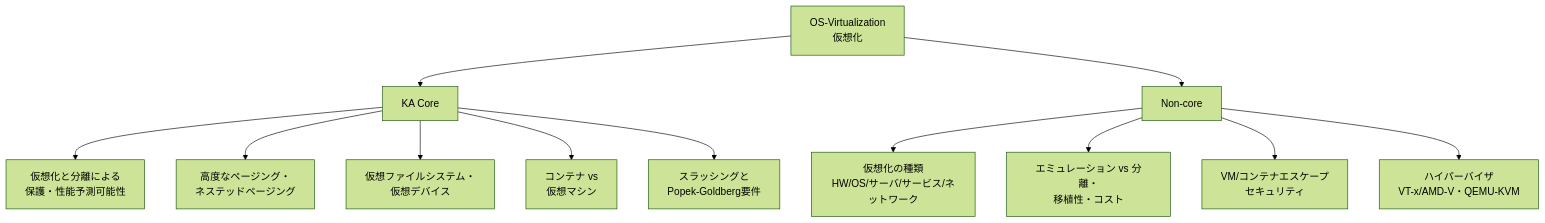
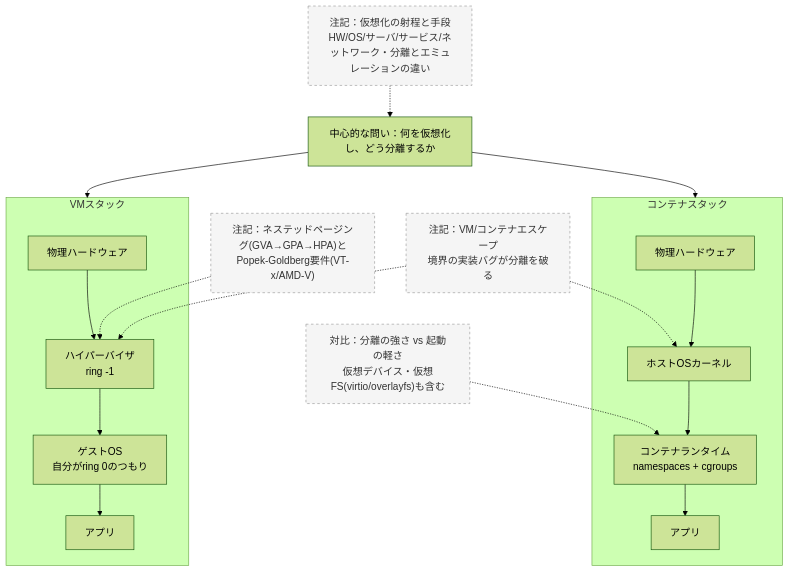
The first of 2 diagrams in docs/OS/OS-Virtualization.md (miyataka/cszap), drawn with Mermaid (forest theme) before and after one commit. The commit also changed other lines of this file and 28 other files, not shown here.

First line of the commit message:
docs: redesign 全体像 diagrams per unit (29 pages)

````diff
--- a/docs/OS/OS-Virtualization.md
+++ b/docs/OS/OS-Virtualization.md
@@ -12,14 +12,28 @@
 ```mermaid
 graph TD
-  A[OS-Virtualization<br/>仮想化] --> B[KA Core]
-  A --> C[Non-core]
-  B --> B1[仮想化と分離による<br/>保護・性能予測可能性]
-  B --> B2[高度なページング・<br/>ネステッドページング]
-  B --> B3[仮想ファイルシステム・<br/>仮想デバイス]
-  B --> B4[コンテナ vs<br/>仮想マシン]
-  B --> B5[スラッシングと<br/>Popek-Goldberg要件]
-  C --> C1[仮想化の種類<br/>HW/OS/サーバ/サービス/ネットワーク]
-  C --> C2[エミュレーション vs 分離・<br/>移植性・コスト]
-  C --> C3[VM/コンテナエスケープ<br/>セキュリティ]
-  C --> C4[ハイパーバイザ<br/>VT-x/AMD-V・QEMU-KVM]
+  Q["中心的な問い：何を仮想化し、どう分離するか"]
+
+  subgraph VMBOX["VMスタック"]
+    HW1["物理ハードウェア"] --> HV["ハイパーバイザ<br/>ring -1"]
+    HV --> GOS["ゲストOS<br/>自分がring 0のつもり"]
+    GOS --> APP1["アプリ"]
+  end
+
+  subgraph CTBOX["コンテナスタック"]
+    HW2["物理ハードウェア"] --> HOST["ホストOSカーネル"]
+    HOST --> RUNTIME["コンテナランタイム<br/>namespaces + cgroups"]
+    RUNTIME --> APP2["アプリ"]
+  end
+
+  Q --> VMBOX
+  Q --> CTBOX
+
+  NEST["注記：ネステッドページング(GVA→GPA→HPA)と<br/>Popek-Goldberg要件(VT-x/AMD-V)"] -.-> HV
+  ESC["注記：VM/コンテナエスケープ<br/>境界の実装バグが分離を破る"] -.-> HV
+  ESC -.-> HOST
+  SCOPE["注記：仮想化の射程と手段<br/>HW/OS/サーバ/サービス/ネットワーク・分離とエミュレーションの違い"] -.-> Q
+  TRADE["対比：分離の強さ vs 起動の軽さ<br/>仮想デバイス・仮想FS(virtio/overlayfs)も含む"] -.-> RUNTIME
+
+  classDef note fill:#f5f5f5,stroke:#999,color:#333,stroke-dasharray:4;
+  class NEST,ESC,SCOPE,TRADE note;
 ```
````
